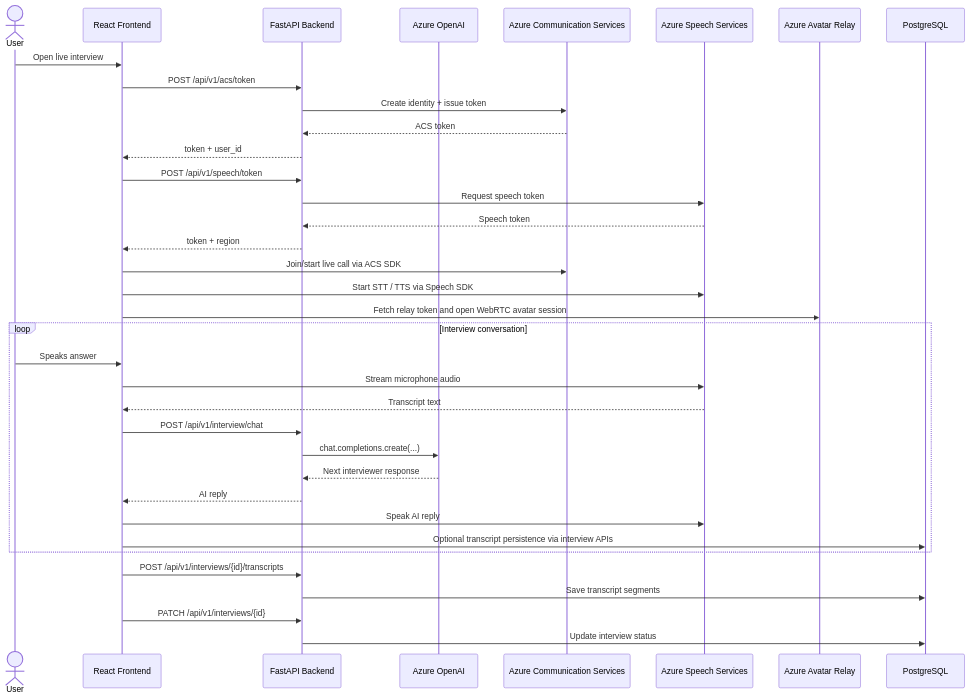
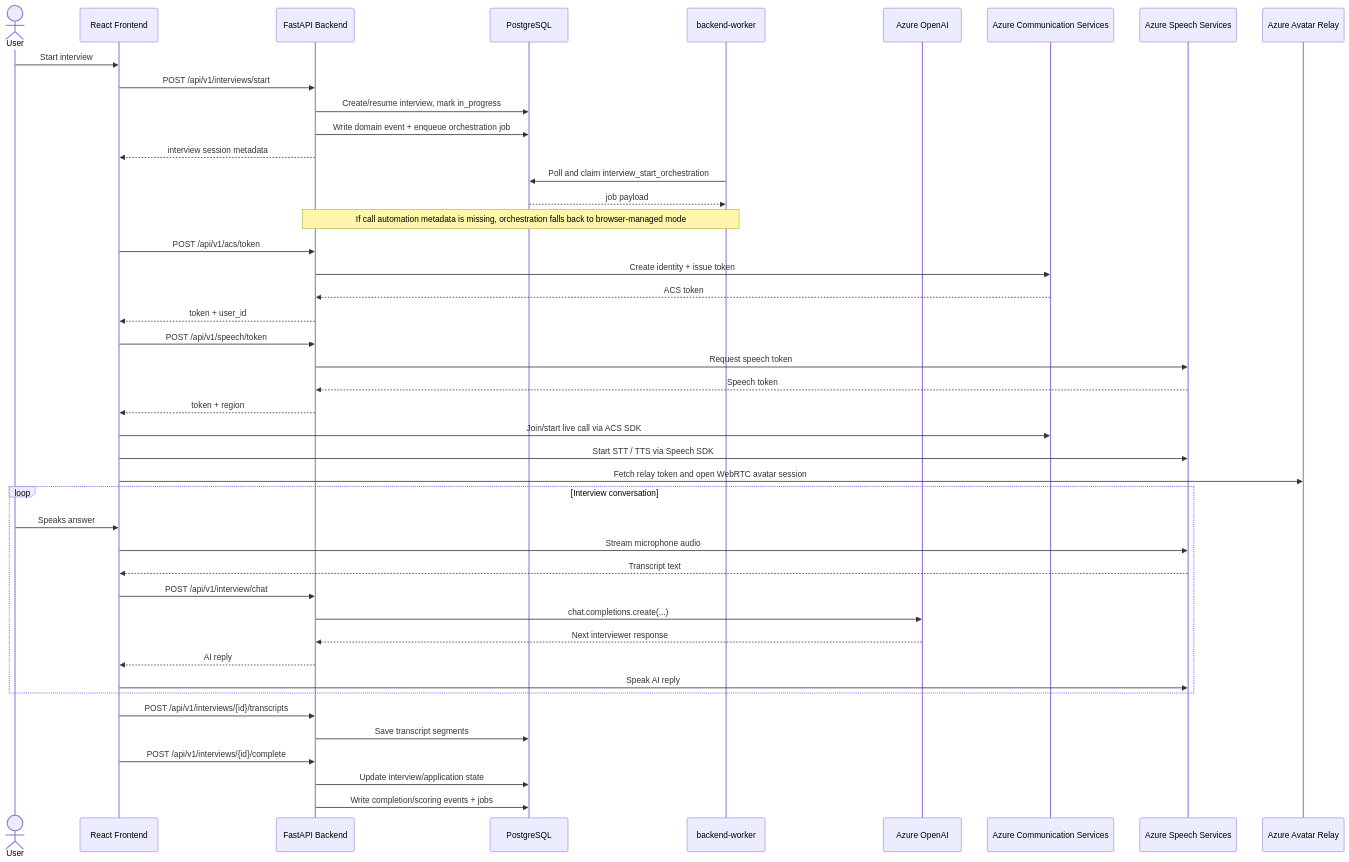
One commit to dcava30/Talenti_MVP changed the second of 3 diagrams in documentation/ARCHITECTURE_DIAGRAM.md. Above: the diagram before and after it, drawn with Mermaid. The commit also changed other lines of this file and 14 other files, not shown here.

````diff
--- a/documentation/ARCHITECTURE_DIAGRAM.md
+++ b/documentation/ARCHITECTURE_DIAGRAM.md
@@ -115,43 +124,53 @@
 ```mermaid
 sequenceDiagram
     actor User
     participant UI as React Frontend
     participant API as FastAPI Backend
+    participant DB as PostgreSQL
+    participant BW as backend-worker
     participant OAI as Azure OpenAI
     participant ACS as Azure Communication Services
     participant Speech as Azure Speech Services
     participant Avatar as Azure Avatar Relay
-    participant DB as PostgreSQL
 
-    User->>UI: Open live interview
+    User->>UI: Start interview
+    UI->>API: POST /api/v1/interviews/start
+    API->>DB: Create/resume interview, mark in_progress
+    API->>DB: Write domain event + enqueue orchestration job
+    API-->>UI: interview session metadata
+
+    BW->>DB: Poll and claim interview_start_orchestration
+    DB-->>BW: job payload
+    Note over BW,API: If call automation metadata is missing, orchestration falls back to browser-managed mode
+
     UI->>API: POST /api/v1/acs/token
     API->>ACS: Create identity + issue token
     ACS-->>API: ACS token
     API-->>UI: token + user_id
 
     UI->>API: POST /api/v1/speech/token
     API->>Speech: Request speech token
     Speech-->>API: Speech token
     API-->>UI: token + region
 
     UI->>ACS: Join/start live call via ACS SDK
     UI->>Speech: Start STT / TTS via Speech SDK
     UI->>Avatar: Fetch relay token and open WebRTC avatar session
 
     loop Interview conversation
         User->>UI: Speaks answer
         UI->>Speech: Stream microphone audio
         Speech-->>UI: Transcript text
         UI->>API: POST /api/v1/interview/chat
         API->>OAI: chat.completions.create(...)
         OAI-->>API: Next interviewer response
         API-->>UI: AI reply
         UI->>Speech: Speak AI reply
-        UI->>DB: Optional transcript persistence via interview APIs
     end
 
     UI->>API: POST /api/v1/interviews/{id}/transcripts
     API->>DB: Save transcript segments
-    UI->>API: PATCH /api/v1/interviews/{id}
-    API->>DB: Update interview status
+    UI->>API: POST /api/v1/interviews/{id}/complete
+    API->>DB: Update interview/application state
+    API->>DB: Write completion/scoring events + jobs
 ```
````
